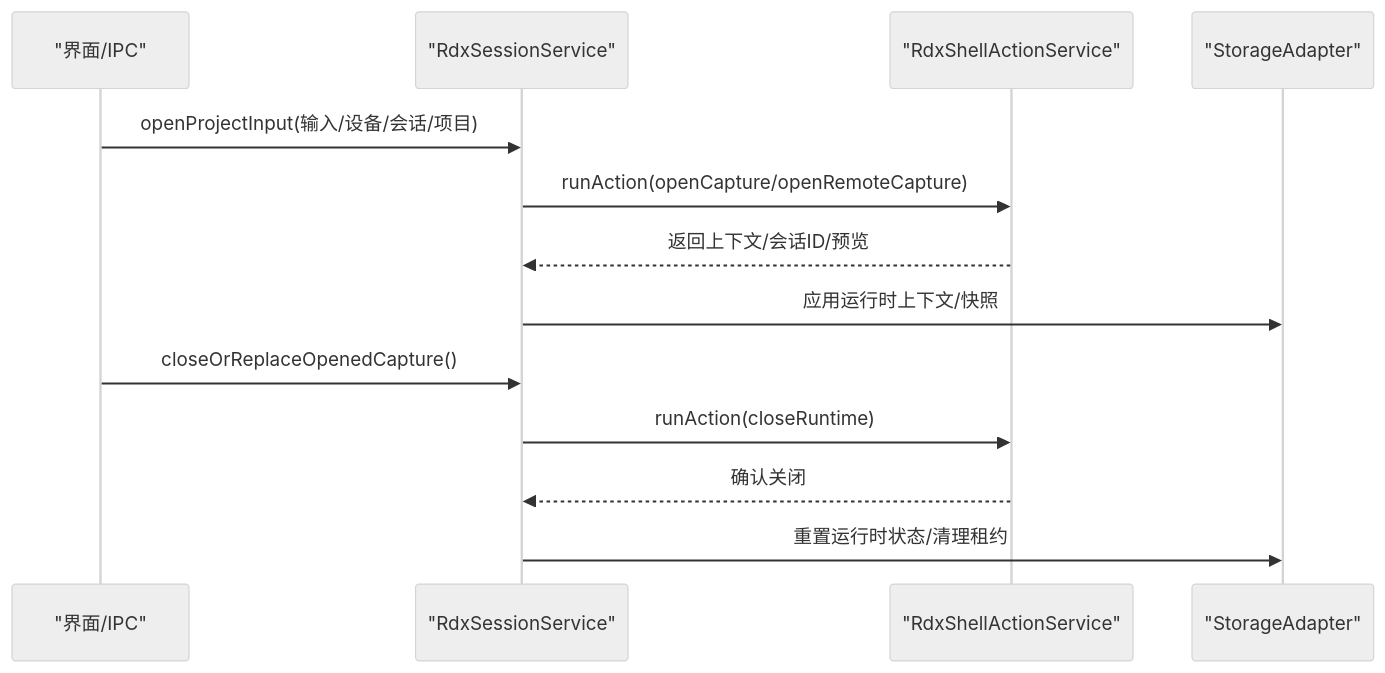
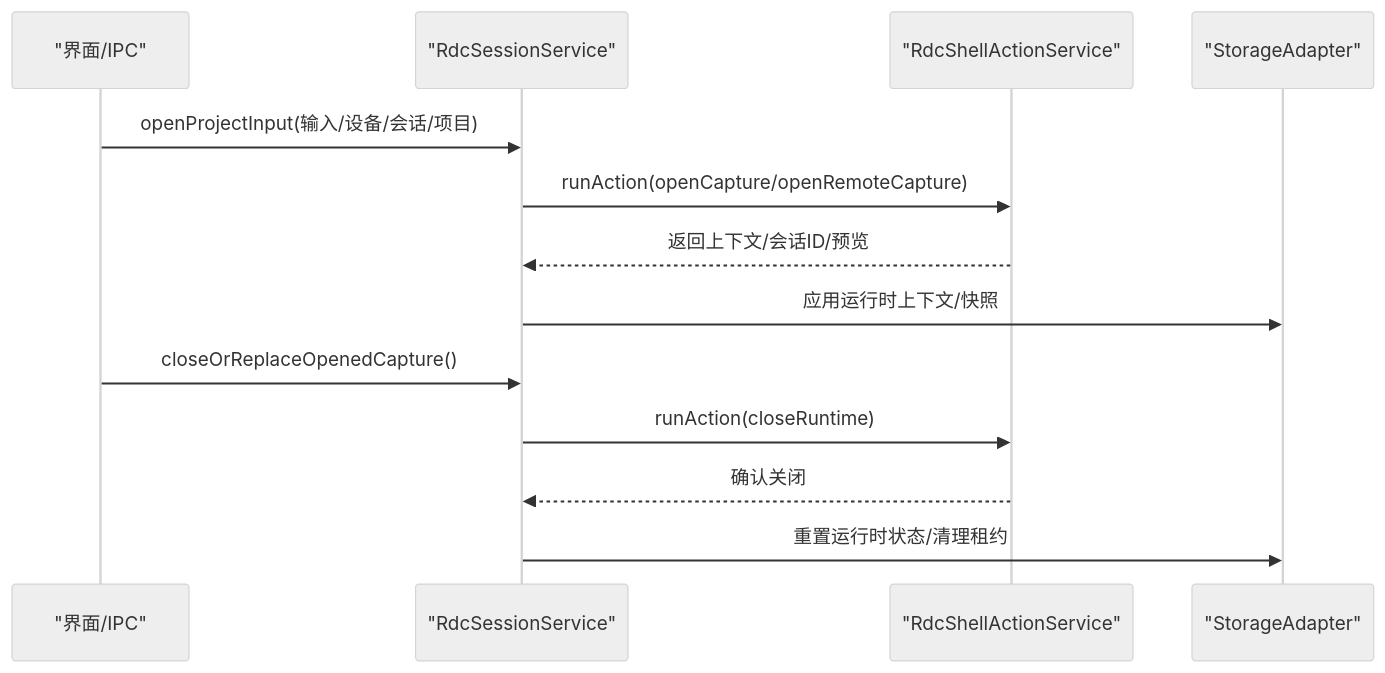
Before and after one commit to haolange/RDC-Agent: the seventh of 8 diagrams in .qoder/repowiki/zh/content/核心模块/核心模块.md, drawn with Mermaid (neutral theme). The commit also changed other lines of this file and 557 other files, not shown here.

````diff
--- a/.qoder/repowiki/zh/content/核心模块/核心模块.md
+++ b/.qoder/repowiki/zh/content/核心模块/核心模块.md
@@ -236,15 +236,15 @@
 ```mermaid
 sequenceDiagram
 participant UI as "界面/IPC"
-participant RDX as "RdxSessionService"
-participant Act as "RdxShellActionService"
+participant RDC as "RdcSessionService"
+participant Act as "RdcShellActionService"
 participant Store as "StorageAdapter"
-UI->>RDX : openProjectInput(输入/设备/会话/项目)
-RDX->>Act : runAction(openCapture/openRemoteCapture)
-Act-->>RDX : 返回上下文/会话ID/预览
-RDX->>Store : 应用运行时上下文/快照
-UI->>RDX : closeOrReplaceOpenedCapture()
-RDX->>Act : runAction(closeRuntime)
-Act-->>RDX : 确认关闭
-RDX->>Store : 重置运行时状态/清理租约
+UI->>RDC : openProjectInput(输入/设备/会话/项目)
+RDC->>Act : runAction(openCapture/openRemoteCapture)
+Act-->>RDC : 返回上下文/会话ID/预览
+RDC->>Store : 应用运行时上下文/快照
+UI->>RDC : closeOrReplaceOpenedCapture()
+RDC->>Act : runAction(closeRuntime)
+Act-->>RDC : 确认关闭
+RDC->>Store : 重置运行时状态/清理租约
 ```
````
